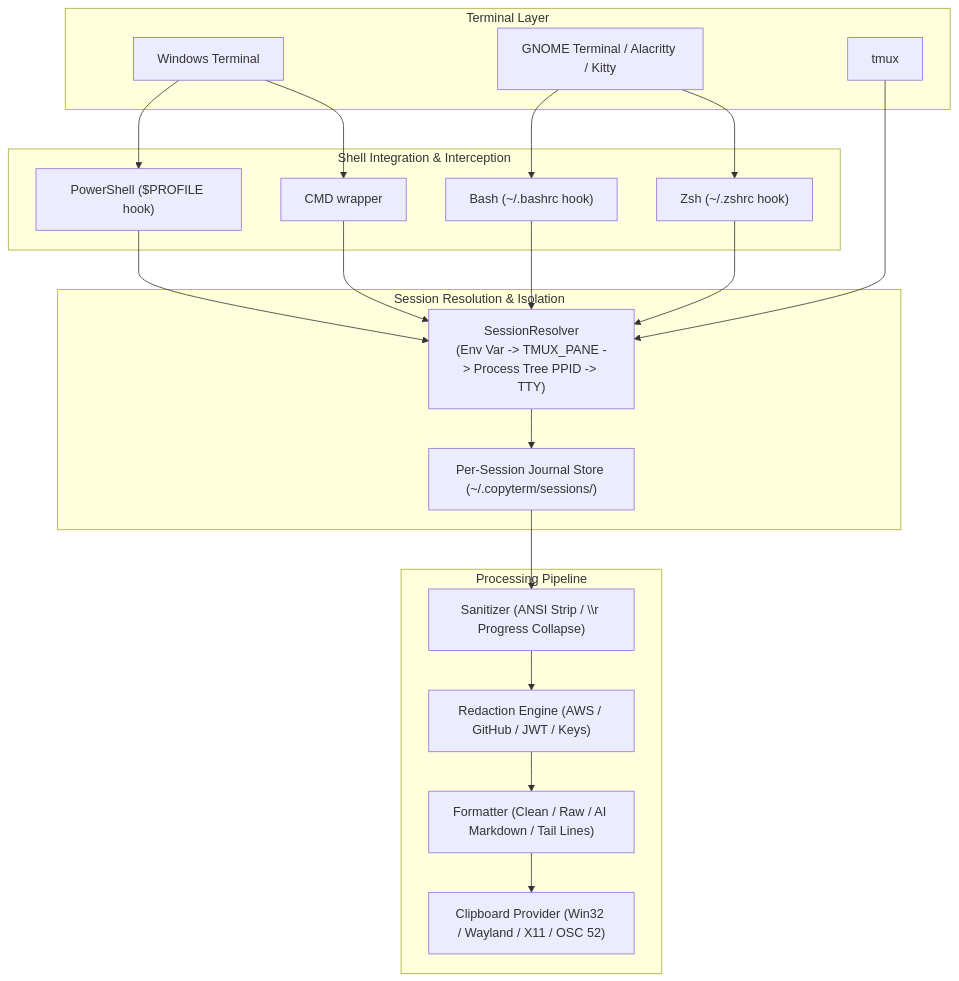
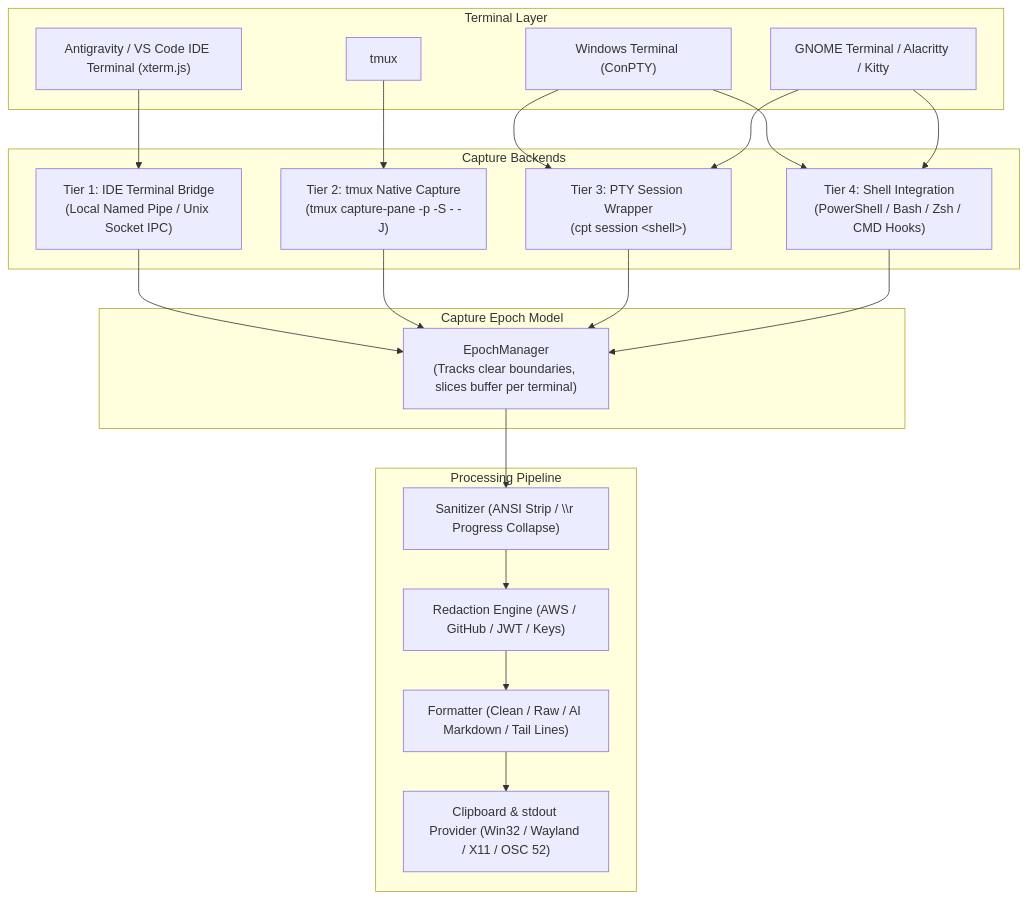
One commit to 0xSatish/Copyterm changed the diagram in docs/architecture.md. Above: the diagram before and after it, drawn with Mermaid. The commit also changed other lines of this file and 65 other files, not shown here.

````diff
--- a/docs/architecture.md
+++ b/docs/architecture.md
@@ -7,34 +7,33 @@
 ```mermaid
 graph TD
     subgraph "Terminal Layer"
-        WT["Windows Terminal"]
+        AG["Antigravity / VS Code IDE Terminal (xterm.js)"]
+        TM["tmux"]
+        WT["Windows Terminal (ConPTY)"]
         GT["GNOME Terminal / Alacritty / Kitty"]
-        TM["tmux"]
     end
 
-    subgraph "Shell Integration & Interception"
-        PS["PowerShell ($PROFILE hook)"]
-        BA["Bash (~/.bashrc hook)"]
-        ZS["Zsh (~/.zshrc hook)"]
-        CMD["CMD wrapper"]
+    subgraph "Capture Backends"
+        IDE_B["Tier 1: IDE Terminal Bridge<br/>(Local Named Pipe / Unix Socket IPC)"]
+        TM_B["Tier 2: tmux Native Capture<br/>(tmux capture-pane -p -S - -J)"]
+        PTY_B["Tier 3: PTY Session Wrapper<br/>(cpt session &lt;shell&gt;)"]
+        SH_B["Tier 4: Shell Integration<br/>(PowerShell / Bash / Zsh / CMD Hooks)"]
     end
 
-    subgraph "Session Resolution & Isolation"
-        RES["SessionResolver<br/>(Env Var -> TMUX_PANE -> Process Tree PPID -> TTY)"]
-        SESS_MAP["Per-Session Journal Store (~/.copyterm/sessions/)"]
+    subgraph "Capture Epoch Model"
+        EPOCH["EpochManager<br/>(Tracks clear boundaries, slices buffer per terminal)"]
     end
 
     subgraph "Processing Pipeline"
         SANI["Sanitizer (ANSI Strip / \\r Progress Collapse)"]
         RED["Redaction Engine (AWS / GitHub / JWT / Keys)"]
         FMT["Formatter (Clean / Raw / AI Markdown / Tail Lines)"]
-        CLIP["Clipboard Provider (Win32 / Wayland / X11 / OSC 52)"]
+        CLIP["Clipboard & stdout Provider (Win32 / Wayland / X11 / OSC 52)"]
     end
 
-    WT --> PS & CMD
-    GT --> BA & ZS
-    TM --> RES
-    PS & BA & ZS & CMD --> RES
-    RES --> SESS_MAP
-    SESS_MAP --> SANI --> RED --> FMT --> CLIP
+    AG --> IDE_B
+    TM --> TM_B
+    WT & GT --> PTY_B & SH_B
+    IDE_B & TM_B & PTY_B & SH_B --> EPOCH
+    EPOCH --> SANI --> RED --> FMT --> CLIP
 ```
````
